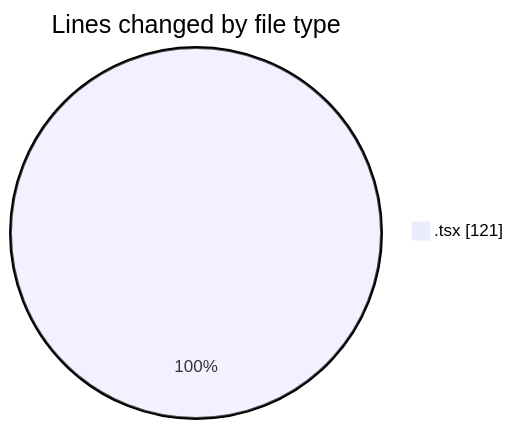
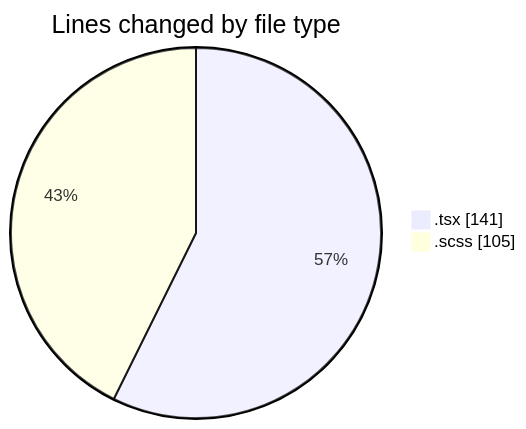
Before and after one commit to momahboobian/code-tracking: the first of 2 diagrams in 2025-03-27/cda/README.md, drawn with Mermaid. The commit also changed other lines of this file and 1 other file, not shown here.

````diff
--- a/2025-03-27/cda/README.md
+++ b/2025-03-27/cda/README.md
@@ -20,5 +21,6 @@
 ```mermaid
 pie showData
 title Lines changed by file type
-".tsx" : 121
+".tsx" : 141
+".scss" : 105
 ```
````
